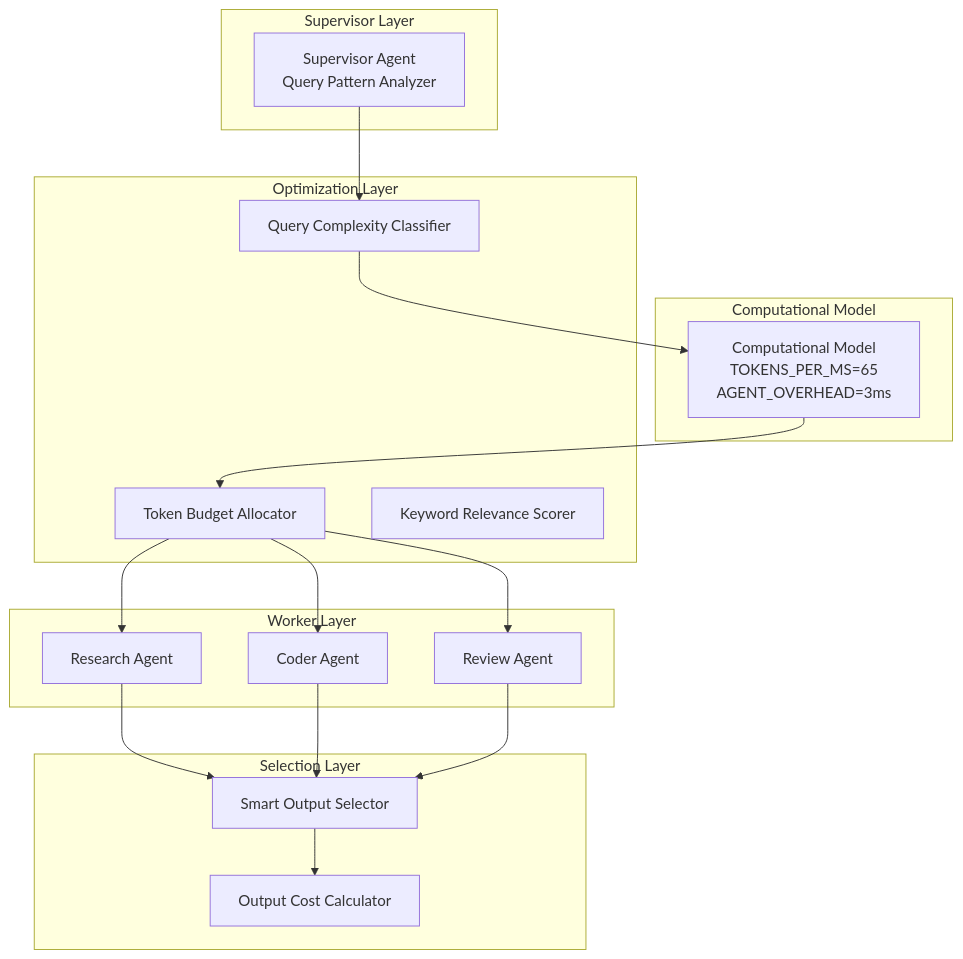
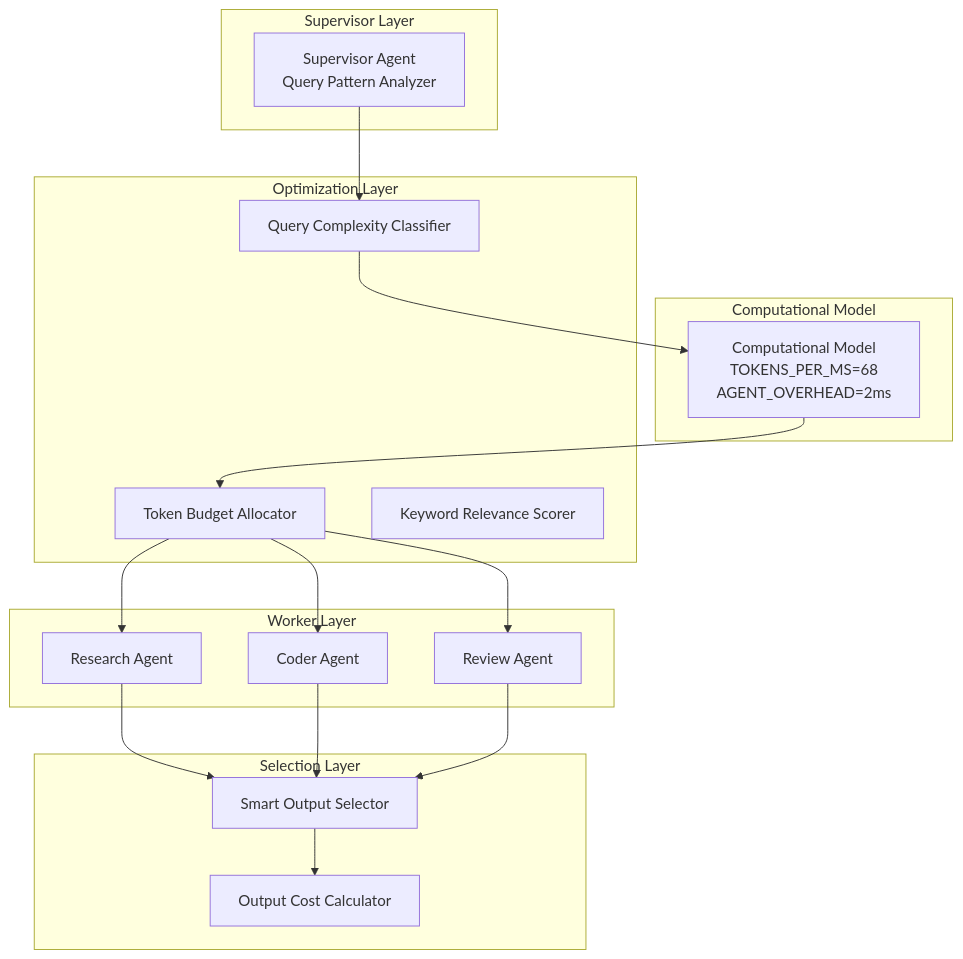
One commit to xiangbianpangde/mas-evolution-test changed the diagram in ARCHITECTURE.md. Above: the diagram before and after it, drawn with Mermaid. The commit also changed other lines of this file and 1 other file, not shown here.

Commit message:
Update: Gen67 crowned champion (+25.8% efficiency, -20.5% tokens)

````diff
--- a/ARCHITECTURE.md
+++ b/ARCHITECTURE.md
@@ -13,38 +13,38 @@
 ```mermaid
 graph TB
     subgraph "Supervisor Layer"
         S[Supervisor Agent<br/>Query Pattern Analyzer]
     end
     
     subgraph "Computational Model"
-        CM[Computational Model<br/>TOKENS_PER_MS=65<br/>AGENT_OVERHEAD=3ms]
+        CM[Computational Model<br/>TOKENS_PER_MS=68<br/>AGENT_OVERHEAD=2ms]
     end
     
     subgraph "Optimization Layer"
         Q[Query Complexity Classifier]
         T[Token Budget Allocator]
         R[Keyword Relevance Scorer]
     end
     
     subgraph "Worker Layer"
         W1[Research Agent]
         W2[Coder Agent]
         W3[Review Agent]
     end
     
     subgraph "Selection Layer"
         O[Smart Output Selector]
         C[Output Cost Calculator]
     end
     
     S --> Q
     Q --> CM
     CM --> T
     T --> W1
     T --> W2
     T --> W3
     W1 --> O
     W2 --> O
     W3 --> O
     O --> C
 ```
````
